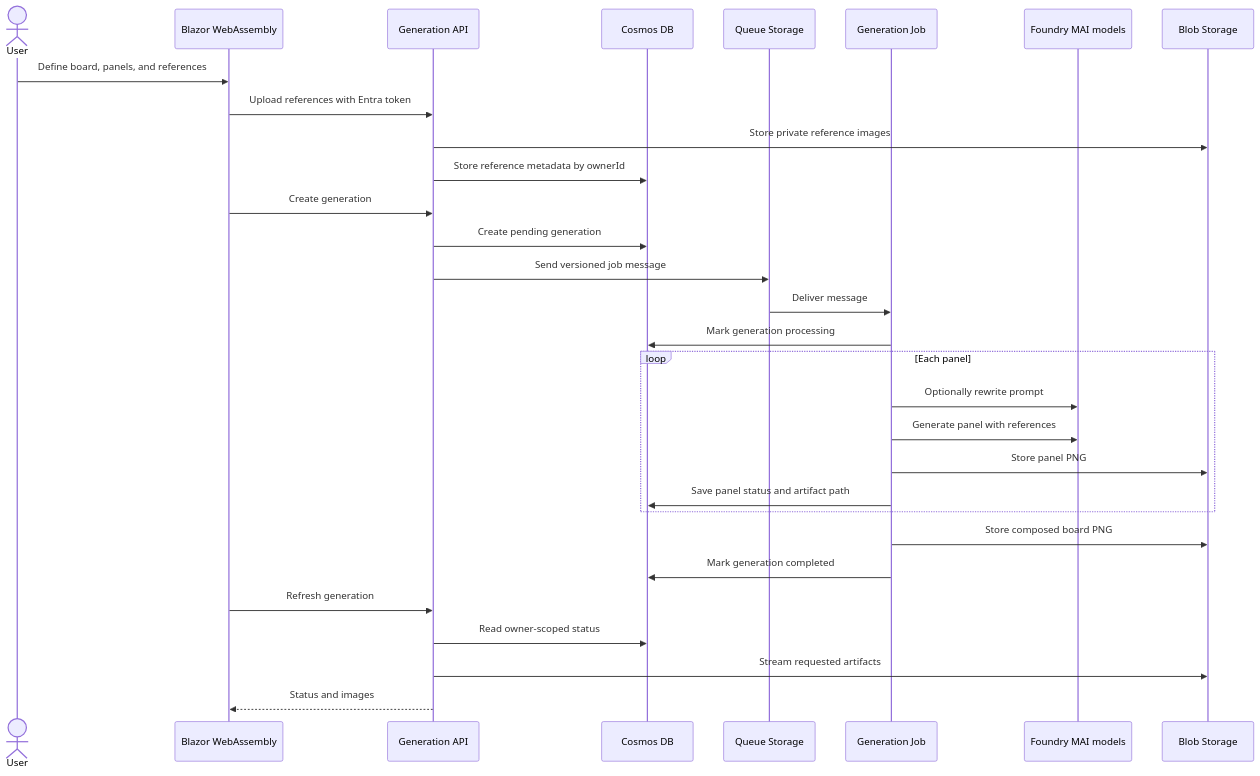
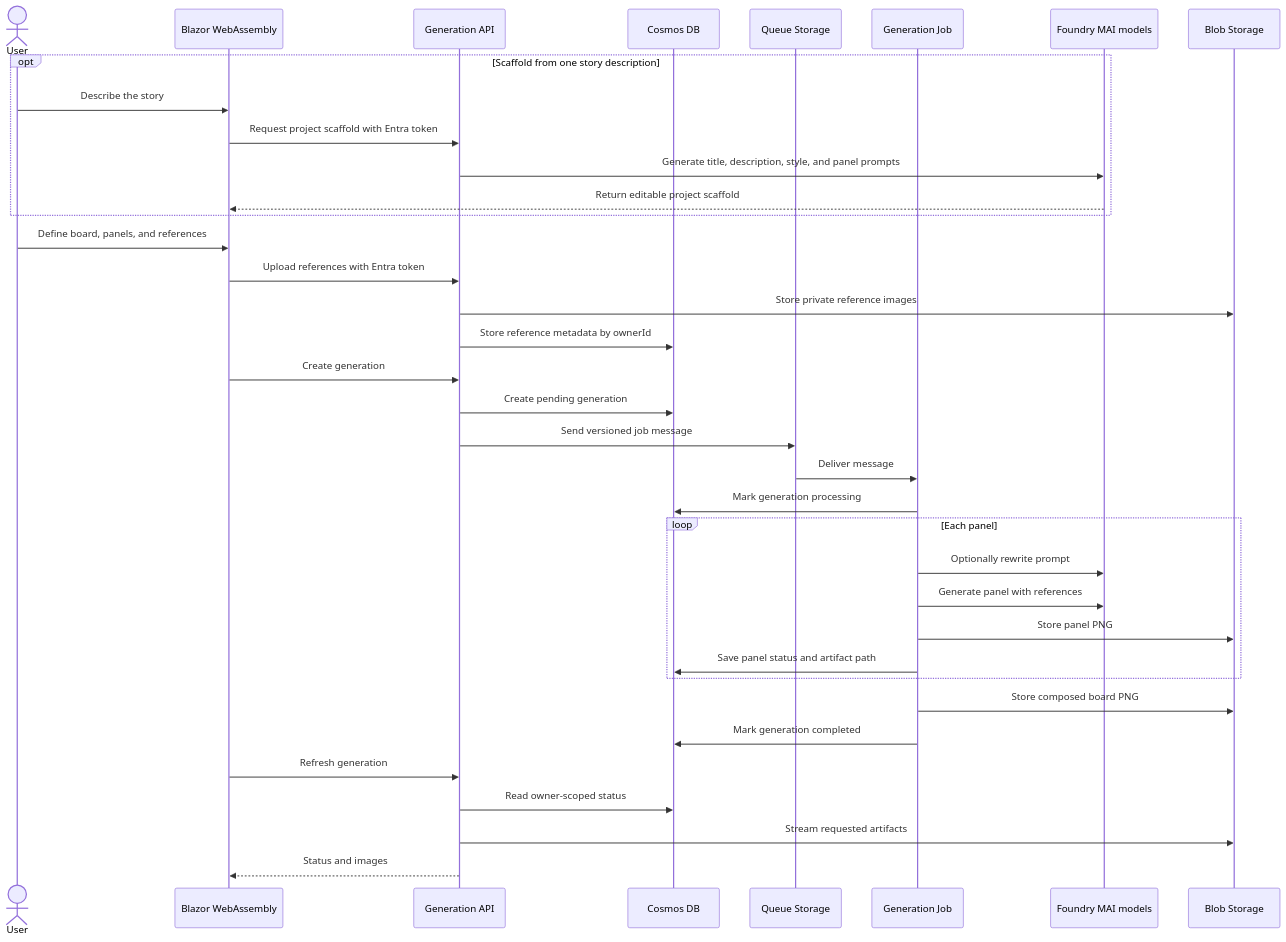
The second of 2 diagrams in docs/architecture.md (mathieumack/foundry-comics-mai), drawn with Mermaid before and after one commit. The commit also changed other lines of this file and 16 other files, not shown here.

First line of the commit message:
Generate editable comic projects from a single story description (#10)

````diff
--- a/docs/architecture.md
+++ b/docs/architecture.md
@@ -44,32 +44,38 @@
 ```mermaid
 sequenceDiagram
     actor User
     participant Web as Blazor WebAssembly
     participant API as Generation API
     participant DB as Cosmos DB
     participant Queue as Queue Storage
     participant Job as Generation Job
     participant MAI as Foundry MAI models
     participant Blob as Blob Storage
+    opt Scaffold from one story description
+        User->>Web: Describe the story
+        Web->>API: Request project scaffold with Entra token
+        API->>MAI: Generate title, description, style, and panel prompts
+        MAI-->>Web: Return editable project scaffold
+    end
     User->>Web: Define board, panels, and references
     Web->>API: Upload references with Entra token
     API->>Blob: Store private reference images
     API->>DB: Store reference metadata by ownerId
     Web->>API: Create generation
     API->>DB: Create pending generation
     API->>Queue: Send versioned job message
     Queue->>Job: Deliver message
     Job->>DB: Mark generation processing
     loop Each panel
         Job->>MAI: Optionally rewrite prompt
         Job->>MAI: Generate panel with references
         Job->>Blob: Store panel PNG
         Job->>DB: Save panel status and artifact path
     end
     Job->>Blob: Store composed board PNG
     Job->>DB: Mark generation completed
     Web->>API: Refresh generation
     API->>DB: Read owner-scoped status
     API->>Blob: Stream requested artifacts
     API-->>Web: Status and images
 ```
````
